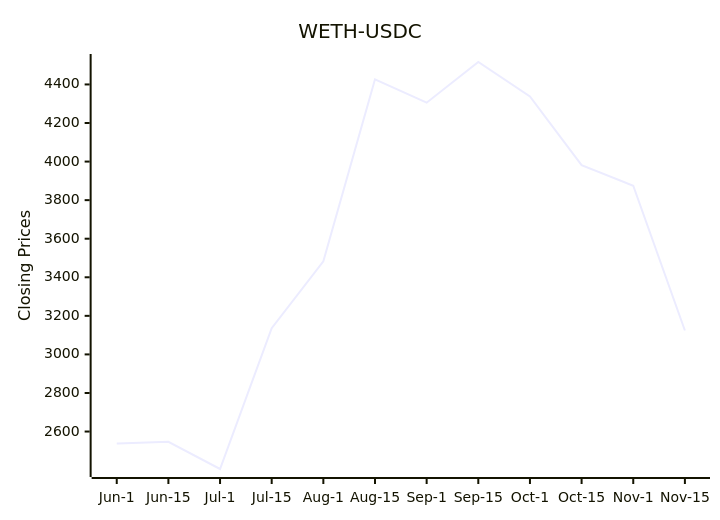
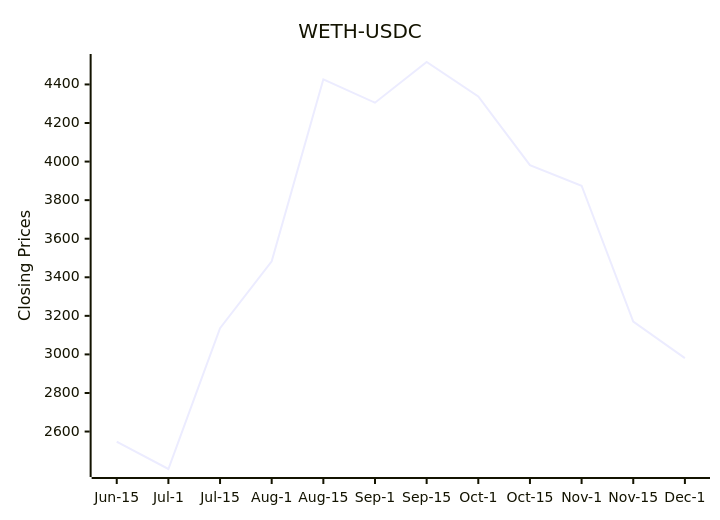
Before and after one commit to bicced/ReadmeCryptoPriceChart: the diagram in README.md, drawn with Mermaid.

Commit message:
Update README with latest DEX data

````diff
--- a/README.md
+++ b/README.md
@@ -6,7 +6,7 @@
 ```mermaid
 xychart-beta
   title "WETH-USDC"
-  x-axis [Jun-1,Jun-15,Jul-1,Jul-15,Aug-1,Aug-15,Sep-1,Sep-15,Oct-1,Oct-15,Nov-1,Nov-15]
+  x-axis [Jun-15,Jul-1,Jul-15,Aug-1,Aug-15,Sep-1,Sep-15,Oct-1,Oct-15,Nov-1,Nov-15,Dec-1]
   y-axis "Closing Prices" 2405.73 --> 4516.39403113754
-  line [2538.04,2547.02,2405.73,3136.3,3482.42836863059,4426.73412630884,4305.29196667193,4516.39403113754,4337.4165948864,3981.40087035479,3874.8082284479,3123.80314842064]
+  line [2547.02,2405.73,3136.3,3482.42836863059,4426.73412630884,4305.29196667193,4516.39403113754,4337.4165948864,3981.40087035479,3874.8082284479,3170.25621083736,2980.92457771896]
 ```
````
